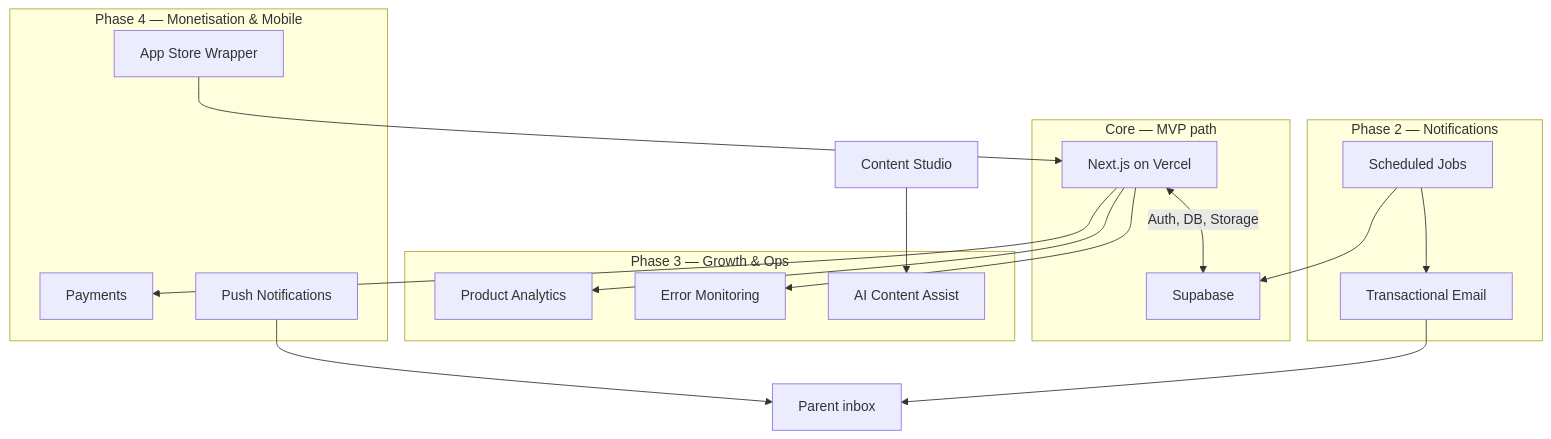
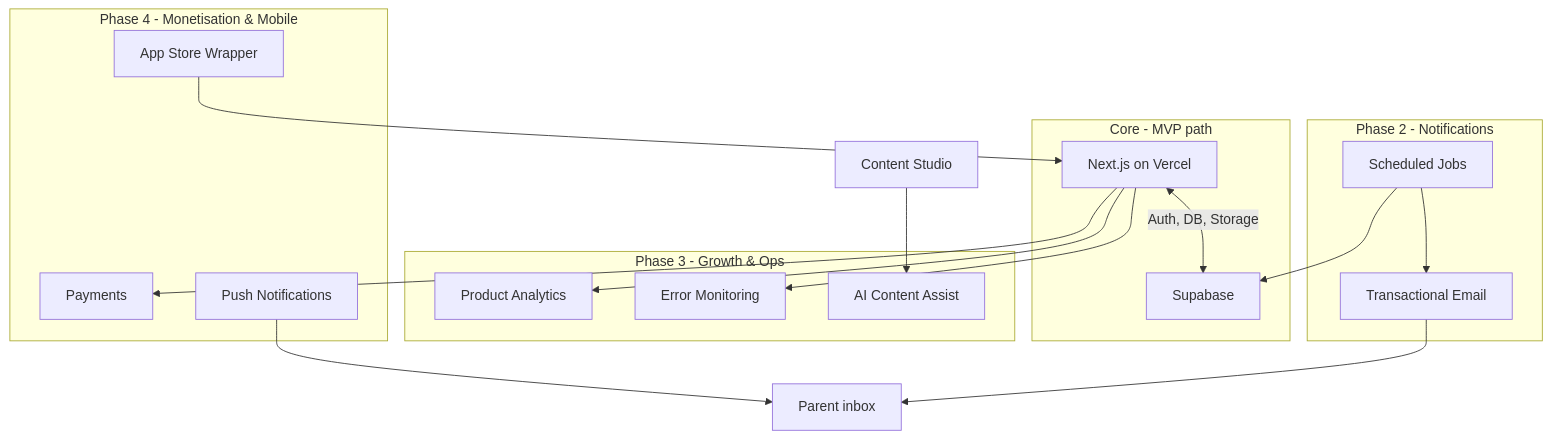
The first of 2 diagrams in docs/integrations.md (jacobashhurst-commits/wish-i-knew), drawn with Mermaid before and after one commit. The commit also changed other lines of this file and 21 other files, not shown here.

````diff
--- a/docs/integrations.md
+++ b/docs/integrations.md
@@ -7,35 +7,35 @@
 ```mermaid
 flowchart TB
-  subgraph core [Core — MVP path]
+  subgraph core [Core  -  MVP path]
     Next[Next.js on Vercel]
     SB[Supabase]
   end
 
-  subgraph phase2 [Phase 2 — Notifications]
+  subgraph phase2 [Phase 2  -  Notifications]
     Email[Transactional Email]
     Cron[Scheduled Jobs]
   end
 
-  subgraph phase3 [Phase 3 — Growth & Ops]
+  subgraph phase3 [Phase 3  -  Growth & Ops]
     Analytics[Product Analytics]
     Error[Error Monitoring]
     AI[AI Content Assist]
   end
 
-  subgraph phase4 [Phase 4 — Monetisation & Mobile]
+  subgraph phase4 [Phase 4  -  Monetisation & Mobile]
     Pay[Payments]
     Push[Push Notifications]
     Store[App Store Wrapper]
   end
 
   Next <-->|Auth, DB, Storage| SB
   Cron --> SB
   Cron --> Email
   Email --> User[Parent inbox]
   Next --> Analytics
   Next --> Error
   Admin[Content Studio] --> AI
   Next --> Pay
   Push --> User
   Store --> Next
 ```
````
